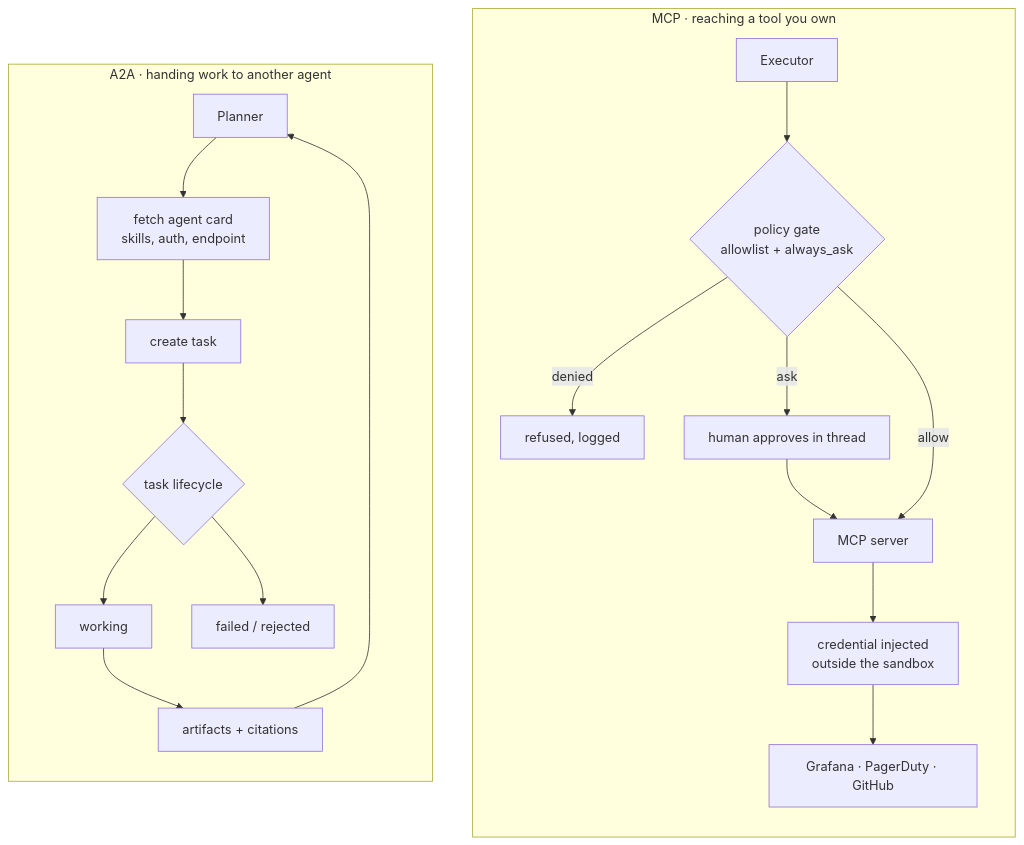
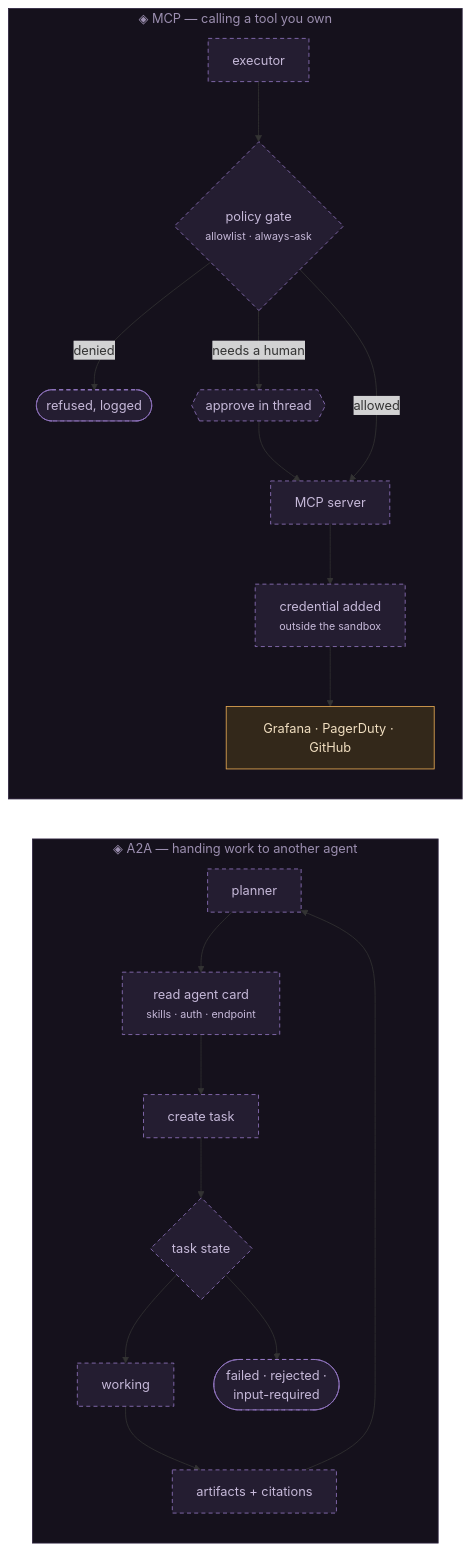
The diagram in docs/diagrams/proto.mmd (rppol/claude-tag-poc), drawn with Mermaid before and after one commit. The commit also changed 12 other files, not shown here.

```diff
--- a/docs/diagrams/proto.mmd
+++ b/docs/diagrams/proto.mmd
@@ -1,21 +1,26 @@
 flowchart TB
-  subgraph MCP ["MCP · reaching a tool you own"]
+%% the two halves stack; side by side they exceed the column
+  subgraph MCP["◈ MCP — calling a tool you own"]
     direction TB
-    EX["Executor"] --> POL{"policy gate<br/>allowlist + always_ask"}
-    POL -- "denied" --> DN["refused, logged"]
-    POL -- "ask" --> HU["human approves in thread"]
-    HU --> SRV["MCP server"]
-    POL -- "allow" --> SRV
-    SRV --> CRED["credential injected<br/>outside the sandbox"]
-    CRED --> API["Grafana · PagerDuty · GitHub"]
+    E["executor"] --> G{"policy gate<br/><small>allowlist · always-ask</small>"}
+    G -->|"denied"| X(["refused, logged"])
+    G -->|"needs a human"| H{{"approve in thread"}} --> S
+    G -->|"allowed"| S["MCP server"]
+    S --> C["credential added<br/><small>outside the sandbox</small>"] --> API["Grafana · PagerDuty · GitHub"]
+  end
+  MCP ~~~ A2A
+
+  subgraph A2A["◈ A2A — handing work to another agent"]
+    direction TB
+    P["planner"] --> CARD["read agent card<br/><small>skills · auth · endpoint</small>"]
+    CARD --> T["create task"] --> ST{"task state"}
+    ST --> W2["working"] --> ART["artifacts + citations"] --> P
+    ST --> F(["failed · rejected ·<br/>input-required"])
   end
 
-  subgraph A2A ["A2A · handing work to another agent"]
-    direction TB
-    PL["Planner"] --> CARD["fetch agent card<br/>skills, auth, endpoint"]
-    CARD --> TASK["create task"]
-    TASK --> ST{"task lifecycle"}
-    ST --> WK["working"] --> ART["artifacts + citations"]
-    ST --> FAIL["failed / rejected"]
-    ART --> PL
-  end
+  classDef design stroke:#9578C4,fill:#241D31,color:#C6B9D9,stroke-dasharray:5 4
+  classDef ext stroke:#EDAE55,fill:#33281A,color:#F0DEC0
+  class E,G,X,H,S,C,P,CARD,T,ST,W2,ART,F design
+  class API ext
+  style MCP fill:#15111C,stroke:#2F2540,color:#9C8FB0
+  style A2A fill:#15111C,stroke:#2F2540,color:#9C8FB0
```
